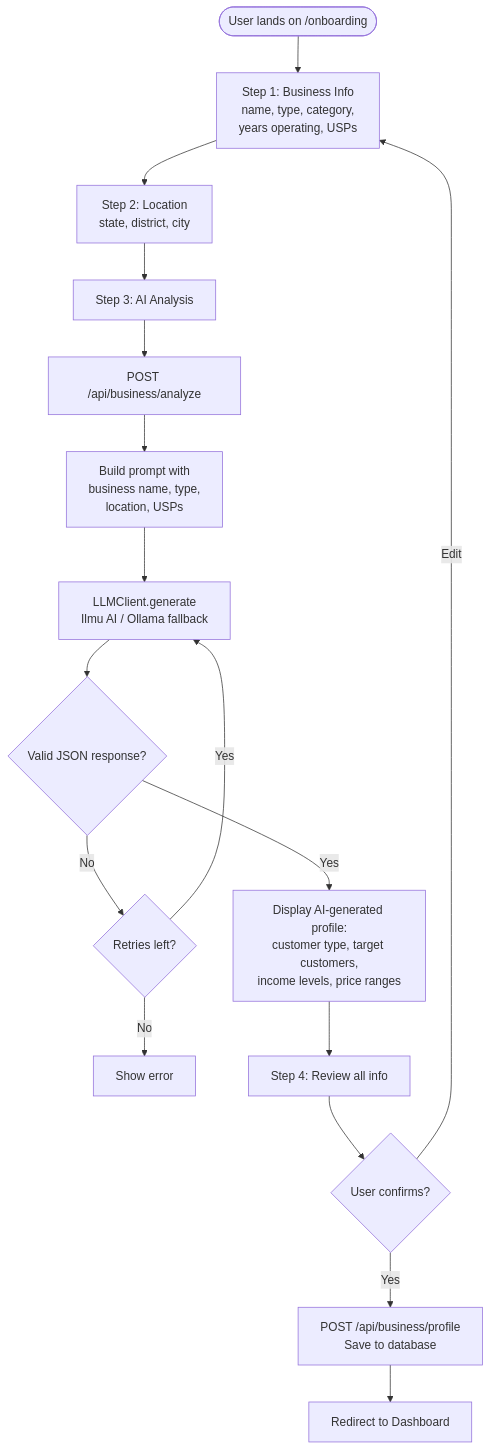
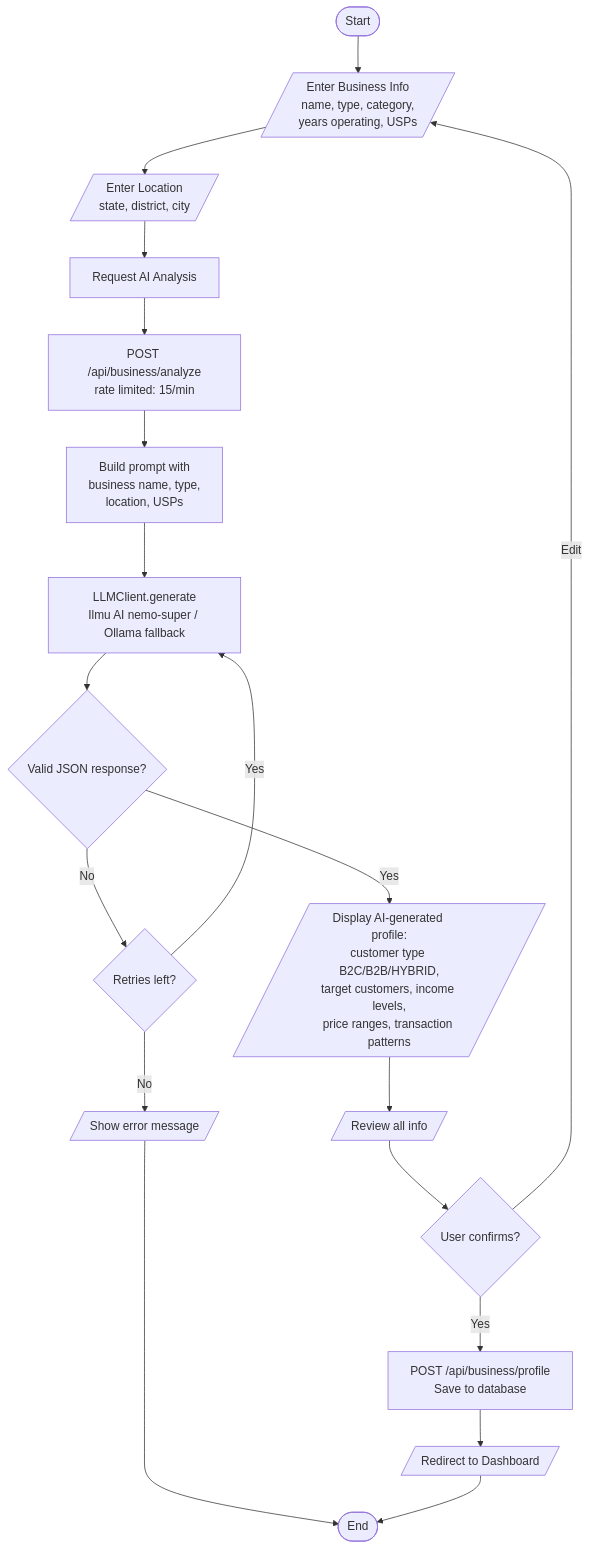
Before and after one commit to shuichi2344/ARIA: the second of 11 diagrams in docs/SYSTEM_FLOWCHARTS.md, drawn with Mermaid. The commit also changed other lines of this file, not shown here.

Commit message:
update system flowchart

````diff
--- a/docs/SYSTEM_FLOWCHARTS.md
+++ b/docs/SYSTEM_FLOWCHARTS.md
@@ -61,21 +61,23 @@
 ```mermaid
 flowchart TD
-    Start([User lands on /onboarding]) --> S1[Step 1: Business Info<br/>name, type, category,<br/>years operating, USPs]
-    S1 --> S2[Step 2: Location<br/>state, district, city]
-    S2 --> S3[Step 3: AI Analysis]
+    Start([Start]) --> S1[/Enter Business Info<br/>name, type, category,<br/>years operating, USPs/]
+    S1 --> S2[/Enter Location<br/>state, district, city/]
+    S2 --> S3[Request AI Analysis]
     
-    S3 --> LLM[POST /api/business/analyze]
+    S3 --> LLM[POST /api/business/analyze<br/>rate limited: 15/min]
     LLM --> Build[Build prompt with<br/>business name, type,<br/>location, USPs]
-    Build --> Call[LLMClient.generate<br/>Ilmu AI / Ollama fallback]
+    Build --> Call[LLMClient.generate<br/>Ilmu AI nemo-super / Ollama fallback]
     Call --> Parse{Valid JSON response?}
     Parse -->|No| Retry{Retries left?}
     Retry -->|Yes| Call
-    Retry -->|No| Error[Show error]
-    Parse -->|Yes| Display[Display AI-generated profile:<br/>customer type, target customers,<br/>income levels, price ranges]
+    Retry -->|No| Error[/Show error message/]
+    Error --> End([End])
+    Parse -->|Yes| Display[/Display AI-generated profile:<br/>customer type B2C/B2B/HYBRID,<br/>target customers, income levels,<br/>price ranges, transaction patterns/]
     
-    Display --> S4[Step 4: Review all info]
+    Display --> S4[/Review all info/]
     S4 --> Confirm{User confirms?}
     Confirm -->|Edit| S1
     Confirm -->|Yes| Save[POST /api/business/profile<br/>Save to database]
-    Save --> Done[Redirect to Dashboard]
+    Save --> Done[/Redirect to Dashboard/]
+    Done --> End([End])
 ```
````
